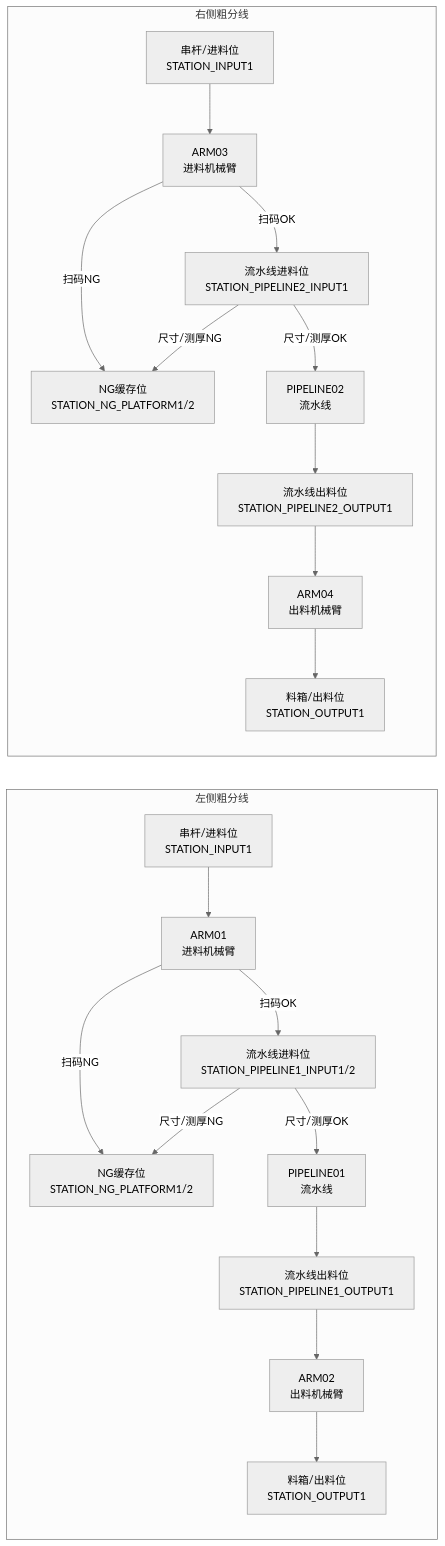
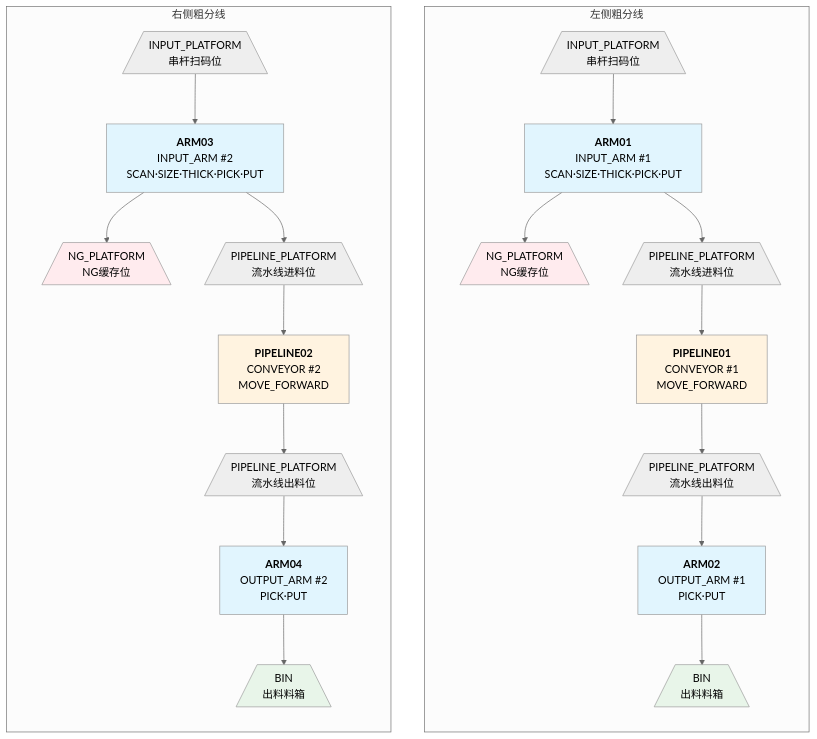
One commit to kaizhoumasha/wes_backend changed the first of 8 diagrams in docs/hardware/workline_topology_overview.md. Above: the diagram before and after it, drawn with Mermaid (neutral theme). The commit also changed other lines of this file and 70 other files, not shown here.

````diff
--- a/docs/hardware/workline_topology_overview.md
+++ b/docs/hardware/workline_topology_overview.md
@@ -30,42 +60,49 @@
 ```mermaid
-flowchart LR
-  subgraph LEFT["左侧粗分线"]
-    LRod["串杆/进料位<br/>STATION_INPUT1"]
-    LArmIn["ARM01<br/>进料机械臂"]
-    LNG["NG缓存位<br/>STATION_NG_PLATFORM1/2"]
-    LPIn["流水线进料位<br/>STATION_PIPELINE1_INPUT1/2"]
-    LP["PIPELINE01<br/>流水线"]
-    LPOut["流水线出料位<br/>STATION_PIPELINE1_OUTPUT1"]
-    LArmOut["ARM02<br/>出料机械臂"]
-    LBin["料箱/出料位<br/>STATION_OUTPUT1"]
-  end
+flowchart TB
+    subgraph LEFT["左侧粗分线"]
+        direction TB
+        L_IN[/"INPUT_PLATFORM<br/>串杆扫码位"\]
+        L_NG[/"NG_PLATFORM<br/>NG缓存位"\]
+        L_PL_IN[/"PIPELINE_PLATFORM<br/>流水线进料位"\]
+        L_PL_OUT[/"PIPELINE_PLATFORM<br/>流水线出料位"\]
+        L_BIN[/"BIN<br/>出料料箱"\]
 
-  subgraph RIGHT["右侧粗分线"]
-    RRod["串杆/进料位<br/>STATION_INPUT1"]
-    RArmIn["ARM03<br/>进料机械臂"]
-    RNG["NG缓存位<br/>STATION_NG_PLATFORM1/2"]
-    RPIn["流水线进料位<br/>STATION_PIPELINE2_INPUT1"]
-    RP["PIPELINE02<br/>流水线"]
-    RPOut["流水线出料位<br/>STATION_PIPELINE2_OUTPUT1"]
-    RArmOut["ARM04<br/>出料机械臂"]
-    RBin["料箱/出料位<br/>STATION_OUTPUT1"]
-  end
+        L_ARM01["<b>ARM01</b><br/>INPUT_ARM #1<br/>SCAN·SIZE·THICK·PICK·PUT"]
+        L_PIPE["<b>PIPELINE01</b><br/>CONVEYOR #1<br/>MOVE_FORWARD"]
+        L_ARM02["<b>ARM02</b><br/>OUTPUT_ARM #1<br/>PICK·PUT"]
 
-  LRod --> LArmIn
-  LArmIn -->|扫码NG| LNG
-  LArmIn -->|扫码OK| LPIn
-  LPIn -->|尺寸/测厚NG| LNG
-  LPIn -->|尺寸/测厚OK| LP
-  LP --> LPOut
-  LPOut --> LArmOut
-  LArmOut --> LBin
+        L_IN --> L_ARM01
+        L_ARM01 --> L_NG
+        L_ARM01 --> L_PL_IN
+        L_PL_IN --> L_PIPE --> L_PL_OUT --> L_ARM02 --> L_BIN
+    end
 
-  RRod --> RArmIn
-  RArmIn -->|扫码NG| RNG
-  RArmIn -->|扫码OK| RPIn
-  RPIn -->|尺寸/测厚NG| RNG
-  RPIn -->|尺寸/测厚OK| RP
-  RP --> RPOut
-  RPOut --> RArmOut
-  RArmOut --> RBin
+    subgraph RIGHT["右侧粗分线"]
+        direction TB
+        R_IN[/"INPUT_PLATFORM<br/>串杆扫码位"\]
+        R_NG[/"NG_PLATFORM<br/>NG缓存位"\]
+        R_PL_IN[/"PIPELINE_PLATFORM<br/>流水线进料位"\]
+        R_PL_OUT[/"PIPELINE_PLATFORM<br/>流水线出料位"\]
+        R_BIN[/"BIN<br/>出料料箱"\]
+
+        R_ARM03["<b>ARM03</b><br/>INPUT_ARM #2<br/>SCAN·SIZE·THICK·PICK·PUT"]
+        R_PIPE["<b>PIPELINE02</b><br/>CONVEYOR #2<br/>MOVE_FORWARD"]
+        R_ARM04["<b>ARM04</b><br/>OUTPUT_ARM #2<br/>PICK·PUT"]
+
+        R_IN --> R_ARM03
+        R_ARM03 --> R_NG
+        R_ARM03 --> R_PL_IN
+        R_PL_IN --> R_PIPE --> R_PL_OUT --> R_ARM04 --> R_BIN
+    end
+
+    style L_ARM01 fill:#e1f5fe
+    style L_ARM02 fill:#e1f5fe
+    style L_PIPE fill:#fff3e0
+    style R_ARM03 fill:#e1f5fe
+    style R_ARM04 fill:#e1f5fe
+    style R_PIPE fill:#fff3e0
+    style L_NG fill:#ffebee
+    style R_NG fill:#ffebee
+    style L_BIN fill:#e8f5e9
+    style R_BIN fill:#e8f5e9
 ```
````
